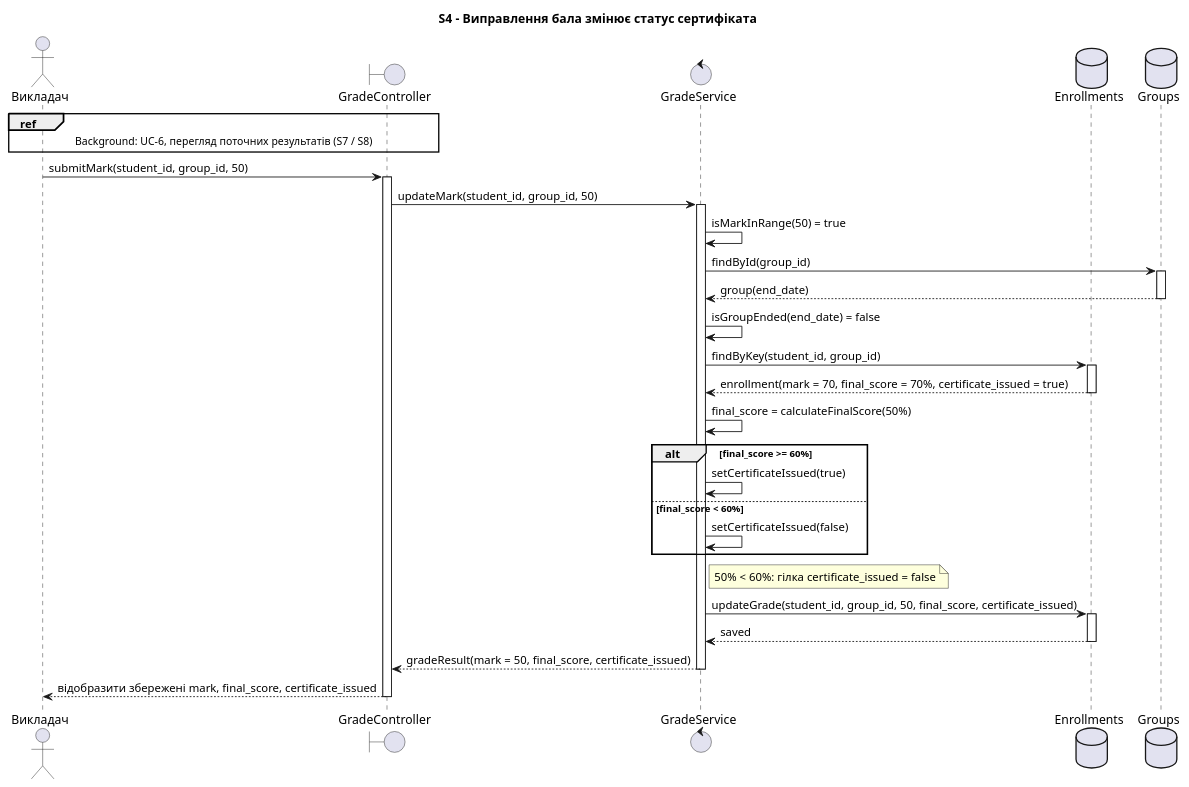
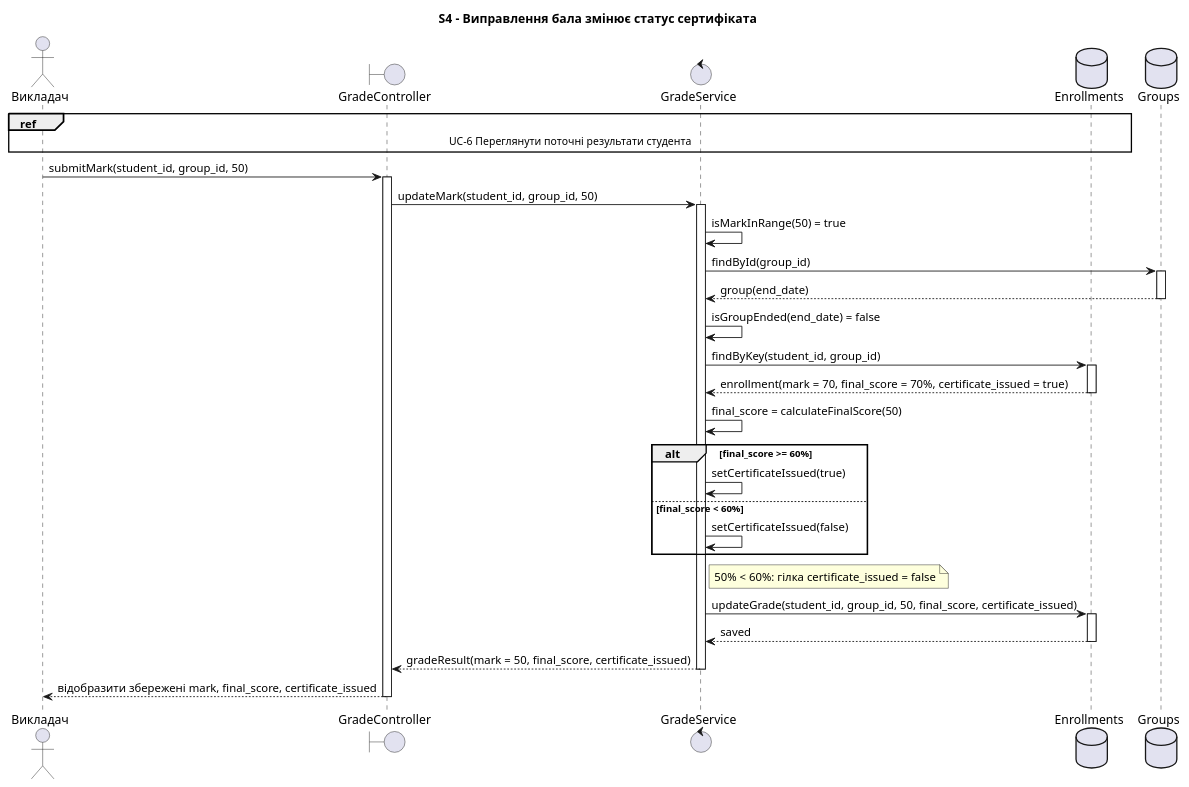
One commit to ka1tya/KPI changed the fourth of 8 diagrams in lab3/sequence-diagrams.puml. Above: the diagram before and after it, drawn with PlantUML. The commit also changed other lines of this file and 9 other files, not shown here.

```diff
--- a/lab3/sequence-diagrams.puml
+++ b/lab3/sequence-diagrams.puml
@@ -139,45 +139,45 @@
 @startuml S4
  title S4 - Виправлення бала змінює статус сертифіката
 
  actor "Викладач" as Teacher
  boundary "GradeController" as Controller
  control "GradeService" as GradeService
  database "Enrollments" as Enrollments
  database "Groups" as Groups
  
- ref over Teacher, Controller : Background: UC-6, перегляд поточних результатів (S7 / S8)
+ ref over Teacher, Enrollments : UC-6 Переглянути поточні результати студента
 
  Teacher -> Controller : submitMark(student_id, group_id, 50)
  activate Controller
  Controller -> GradeService : updateMark(student_id, group_id, 50)
  activate GradeService
 
  GradeService -> GradeService : isMarkInRange(50) = true
  GradeService -> Groups : findById(group_id)
  activate Groups
  Groups --> GradeService : group(end_date)
  deactivate Groups
  GradeService -> GradeService : isGroupEnded(end_date) = false
  GradeService -> Enrollments : findByKey(student_id, group_id)
  activate Enrollments
  Enrollments --> GradeService : enrollment(mark = 70, final_score = 70%, certificate_issued = true)
  deactivate Enrollments
 
- GradeService -> GradeService: final_score = calculateFinalScore(50%)
+ GradeService -> GradeService: final_score = calculateFinalScore(50)
  alt final_score >= 60%
    GradeService -> GradeService : setCertificateIssued(true)
  else final_score < 60%
    GradeService -> GradeService : setCertificateIssued(false)
  end
  note right of GradeService : 50% < 60%: гілка certificate_issued = false
 
  GradeService -> Enrollments : updateGrade(student_id, group_id, 50, final_score, certificate_issued)
  activate Enrollments
  Enrollments --> GradeService : saved
  deactivate Enrollments
 
  GradeService --> Controller : gradeResult(mark = 50, final_score, certificate_issued)
  deactivate GradeService
  Controller --> Teacher : відобразити збережені mark, final_score, certificate_issued
  deactivate Controller
 @enduml
```
